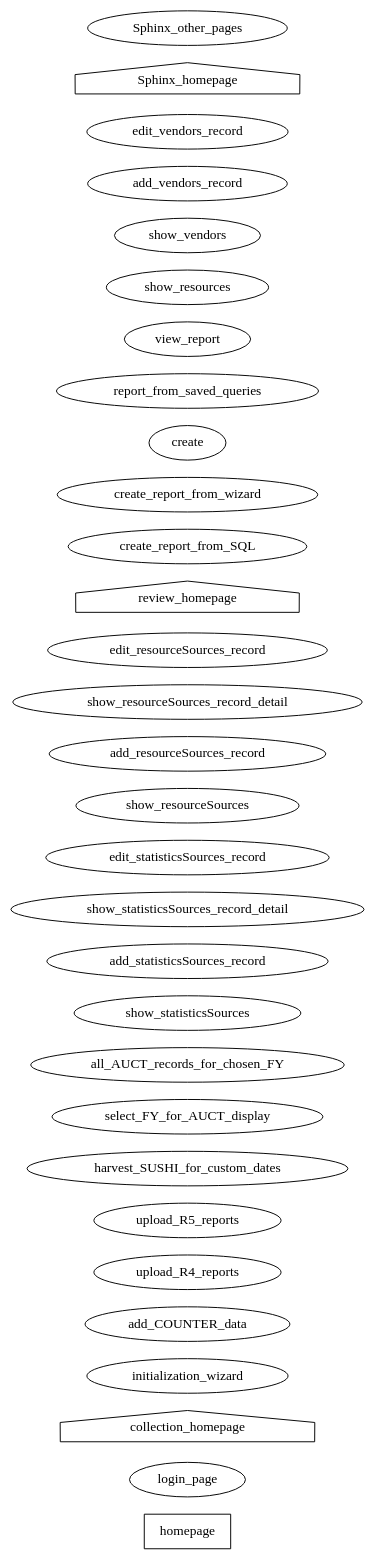
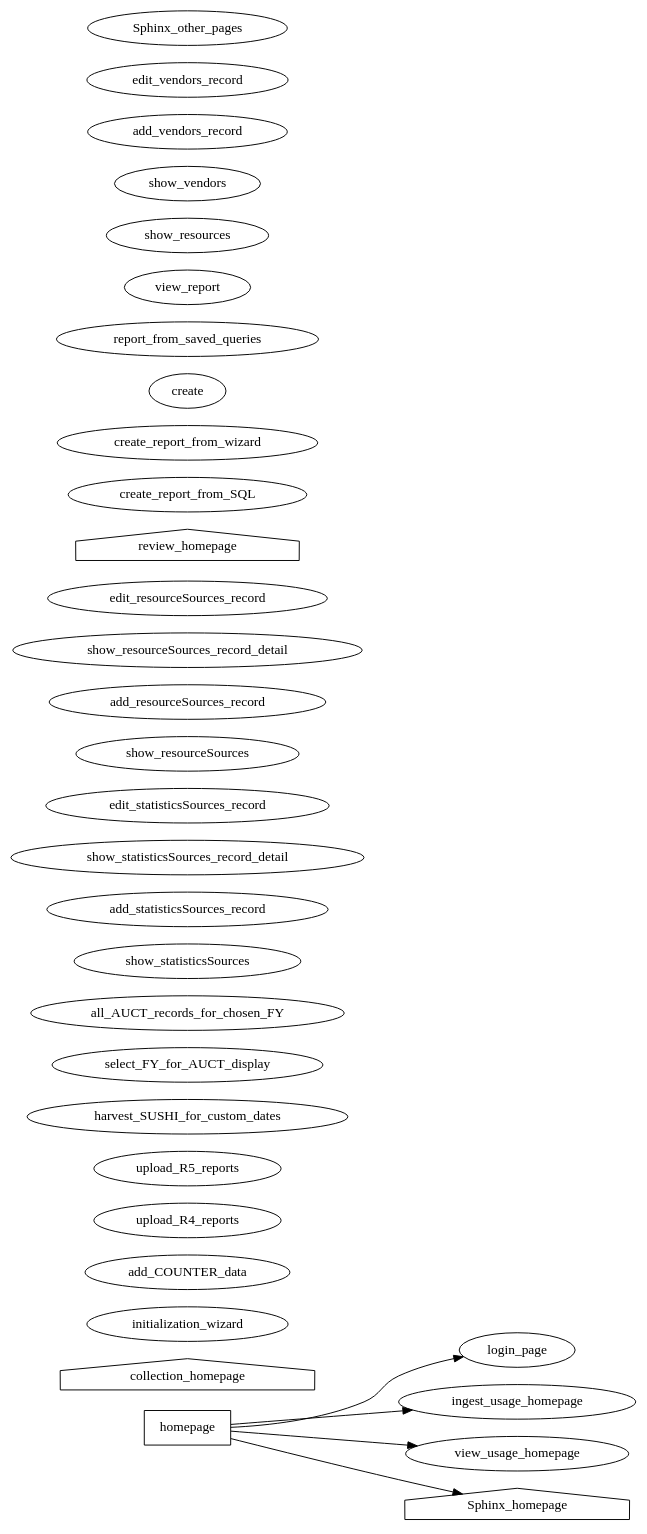
One commit to ereiskind/nolcat changed the diagram in docs/source/sitemap.dot. Above: the diagram before and after it, drawn with Graphviz.

Commit message:
Update homepage and its existing links

```diff
--- a/docs/source/sitemap.dot
+++ b/docs/source/sitemap.dot
@@ -1,111 +1,104 @@
 digraph nolcat_sitemap {
     /* *** NoLCAT SITEMAP *** */
     rankdir=LR
 
 
     /* *** Main NoLCAT Folder *** */
-    //
+    homepage [shape="box"]
+        homepage -> login_page
+        homepage -> ingest_usage_homepage
+        homepage -> view_usage_homepage
+        homepage -> Sphinx_homepage
+    login_page
+    // And any other pages needed for authentication
 
 
     /* *** `ingest` Blueprint *** */
     //
 
 
     /* *** `view` Blueprint *** */
     //
-
-
-    /* *** Homepage and Authentication *** */
-    // The web app homepage and pages for authentication
-    homepage [shape="box"]
-        //homepage -> login_page
-        //homepage -> collection_homepage
-        //homepage -> review_homepage
-        //homepage -> Sphinx_homepage
-    
-
-    login_page
-    // And any other pages needed for authentication
 
 
     /* *** Collecting Usage Statistics *** */
     // Pages for collecting usage statistics
     collection_homepage [shape="house"]
         //collection_homepage -> add_COUNTER_data
         //collection_homepage -> select_FY_for_AUCT_display
         //collection_homepage -> show_statisticsSources
         //collection_homepage -> show_resourceSources
     initialization_wizard
     add_COUNTER_data
         //add_COUNTER_data -> upload_R4_reports
         //add_COUNTER_data -> upload_R5_reports
         //add_COUNTER_data -> harvest_SUSHI_for_custom_dates
 
     // Pages for ingesting COUNTER data
     upload_R4_reports
     upload_R5_reports
     harvest_SUSHI_for_custom_dates
 
     // Pages for organizing usage statistics collection
     select_FY_for_AUCT_display
         //select_FY_for_AUCT_display -> all_AUCT_records_for_chosen_FY
     all_AUCT_records_for_chosen_FY
     
     show_statisticsSources
         //show_statisticsSources -> add_statisticsSources_record
         //show_statisticsSources -> show_statisticsSources_record_detail
     add_statisticsSources_record
     show_statisticsSources_record_detail
         //show_statisticsSources_record_detail -> edit_statisticsSources_record
     edit_statisticsSources_record // Includes adding or editing notes
 
     show_resourceSources
         //show_resourceSources -> add_resourceSources_record
         //show_resourceSources -> show_resourceSources_record_detail
     add_resourceSources_record
     show_resourceSources_record_detail
         //show_resourceSources_record_detail -> edit_resourceSources_record
     edit_resourceSources_record // Includes adding or editing notes
 
 
     /* *** Reviewing Usage Statistics *** */
     // Pages for reviewing usage data
     review_homepage [shape="house"]
         //review_homepage -> create_report_from_SQL
         //review_homepage -> create_report_from_wizard
         //review_homepage -> create report_from_saved_queries
         //review_homepage -> show_resourceSources /* DUPLICATED BOX */
         //review_homepage -> show_resources
         //review_homepage -> show_vendors
     
     create_report_from_SQL // Runs a custom SQL statement against the database
     create_report_from_wizard // GUI options are used to write SQL behind the scenes
     create report_from_saved_queries // SQL statements that are either complete or only ask for one input for commonly asked questions
 
         //create_report_from_SQL -> view_report
         //create_report_from_wizard -> view_report
         //create_report_from_saved_queries -> view_report
     view_report
 
     show_resources // Meaning the items in the resources table
     
         //show_resourceSources -> add_resourceSources_record
     add_resourceSources_record
         //show_resourceSources_record_detail -> edit_resourceSources_record
     edit_resourceSources_record // Includes adding or editing notes
     /* A way to handle adding `statisticsSources` to these `resourcesSources` must be developed */
 
     show_vendors
         //show_vendors -> add_vendors_record
     add_vendors_record
         //show_vendors_record_detail -> edit_vendors_record
     edit_vendors_record // Includes adding or editing notes
 
 
     /* *** Program Documentation *** */
     // The Sphinx documentation for the web app
     Sphinx_homepage [shape="house"]
         //Sphinx_homepage -> Sphinx_other_pages
 
     Sphinx_other_pages // Use Sphinx itself for site organization
 }
```
